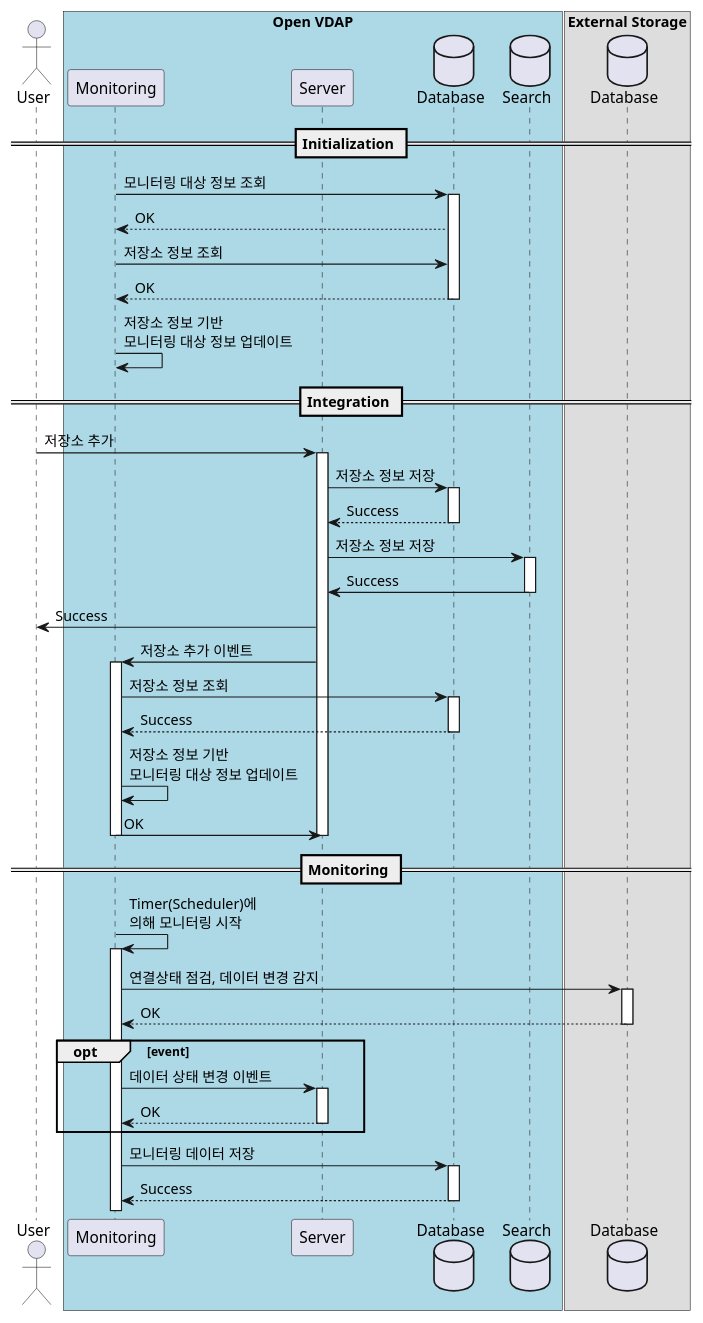
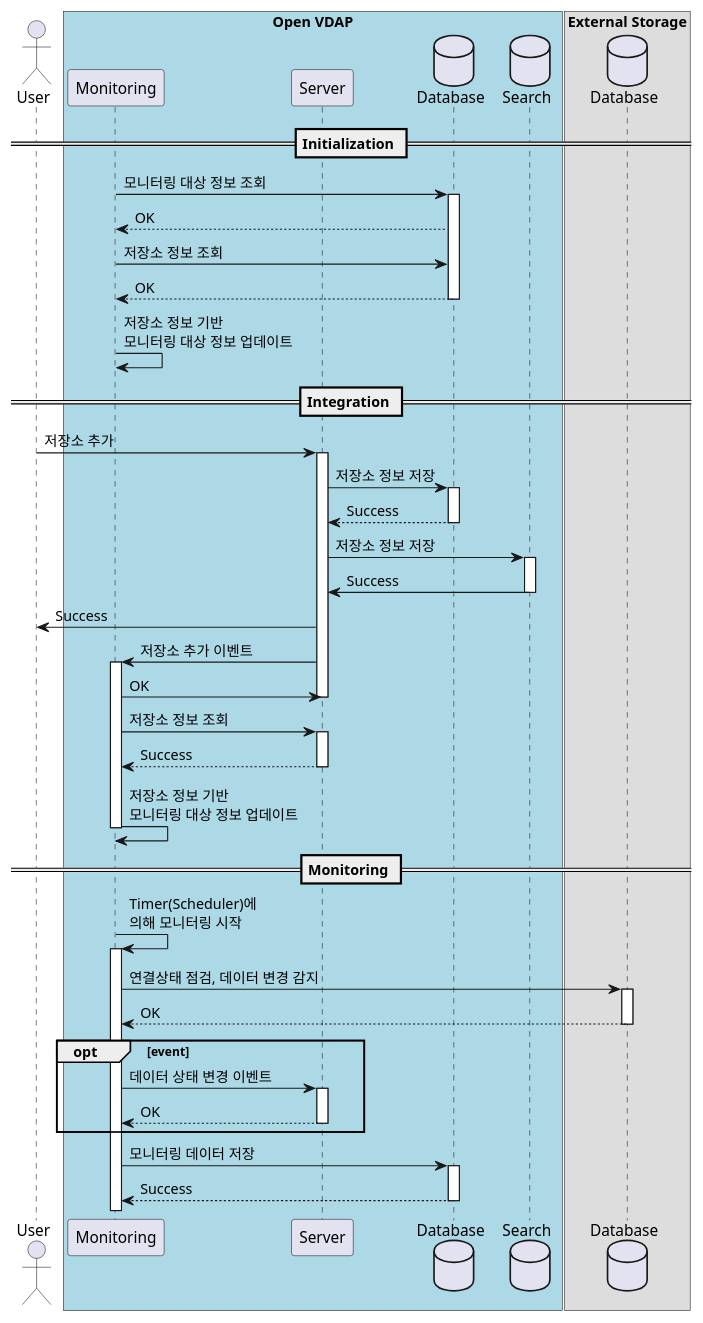
Before and after one commit to DataFabricTech/DataFabricPlatform: the second of 5 diagrams in docs/arch/monitoring.md, drawn with PlantUML. The commit also changed other lines of this file and 5 other files, not shown here.

````diff
--- a/docs/arch/monitoring.md
+++ b/docs/arch/monitoring.md
@@ -75,46 +75,46 @@
 ```plantuml
 @startuml
 actor User as user
 box "Open VDAP" #LightBlue
 participant Monitoring as monitoring
 participant Server as server
 database Database as database
 database Search as search
 end box
 box "External Storage"
 database Database as external_storage
 end box
 
 == Initialization ==
 monitoring -> database ++ : 모니터링 대상 정보 조회  
 monitoring <-- database : OK
 monitoring -> database : 저장소 정보 조회  
 monitoring <-- database --: OK
 monitoring -> monitoring : 저장소 정보 기반\n모니터링 대상 정보 업데이트
 
 == Integration ==
 user -> server ++ : 저장소 추가
 server -> database ++ : 저장소 정보 저장
 server <-- database --: Success
 server -> search ++ : 저장소 정보 저장
 server <- search -- : Success
 user <- server : Success
 monitoring <- server ++ : 저장소 추가 이벤트  
-monitoring -> database ++: 저장소 정보 조회  
-monitoring <-- database --: Success
-monitoring -> monitoring : 저장소 정보 기반\n모니터링 대상 정보 업데이트
-monitoring -> server -- : OK
+monitoring -> server : OK
 server --
+monitoring -> server ++: 저장소 정보 조회  
+monitoring <-- server --: Success
+monitoring -> monitoring -- : 저장소 정보 기반\n모니터링 대상 정보 업데이트
 
 == Monitoring ==
 monitoring -> monitoring ++ : Timer(Scheduler)에\n의해 모니터링 시작
 monitoring -> external_storage ++ : 연결상태 점검, 데이터 변경 감지
 monitoring <-- external_storage -- : OK
 opt event
 monitoring -> server ++ : 데이터 상태 변경 이벤트
 monitoring <-- server -- : OK
 end
 monitoring -> database ++: 모니터링 데이터 저장
 monitoring <-- database --: Success
 @enduml
 ```
````
